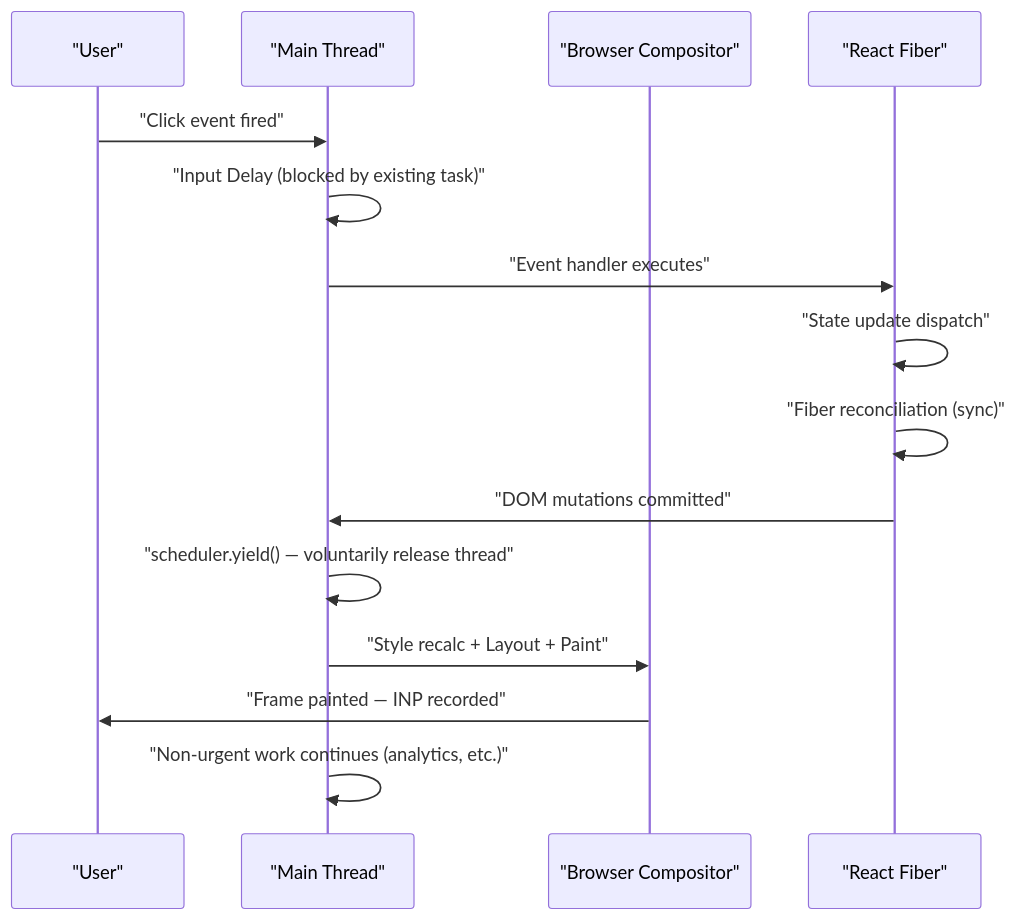
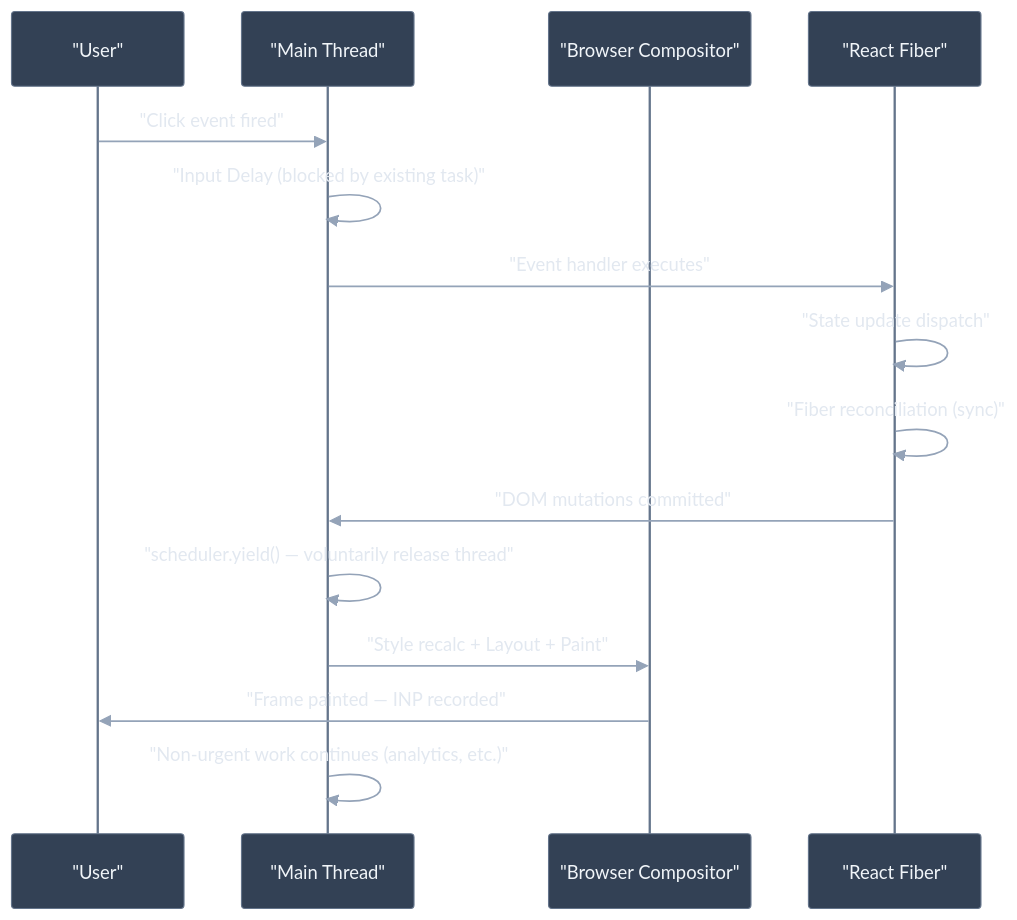
One commit to vinayakhumberi/litmus changed the second of 3 diagrams in data/topics/core-web-vitals.md. Above: the diagram before and after it, drawn with Mermaid. The commit also changed other lines of this file and 1 other file, not shown here.

````diff
--- a/data/topics/core-web-vitals.md
+++ b/data/topics/core-web-vitals.md
@@ -326,18 +328,19 @@
 ```mermaid
+%%{init: {"theme": "base", "themeVariables": {"background":"transparent","actorBkg":"#334155","actorBorder":"#64748b","actorTextColor":"#f1f5f9","actorLineColor":"#64748b","signalColor":"#94a3b8","signalTextColor":"#e2e8f0","noteBkgColor":"#4338ca","noteBorderColor":"#818cf8","noteTextColor":"#f5f3ff","activationBkgColor":"#475569","activationBorderColor":"#94a3b8","labelBoxBkgColor":"#334155","labelBoxBorderColor":"#64748b","labelTextColor":"#f1f5f9","loopTextColor":"#f1f5f9","fontFamily":"\"Plus Jakarta Sans\", sans-serif","fontSize":"14px"}}}%%
 sequenceDiagram
     participant U as "User"
     participant MT as "Main Thread"
     participant B as "Browser Compositor"
     participant R as "React Fiber"
 
     U->>MT: "Click event fired"
     MT->>MT: "Input Delay (blocked by existing task)"
     MT->>R: "Event handler executes"
     R->>R: "State update dispatch"
     R->>R: "Fiber reconciliation (sync)"
     R->>MT: "DOM mutations committed"
     MT->>MT: "scheduler.yield() — voluntarily release thread"
     MT->>B: "Style recalc + Layout + Paint"
     B->>U: "Frame painted — INP recorded"
     MT->>MT: "Non-urgent work continues (analytics, etc.)"
 ```
````
